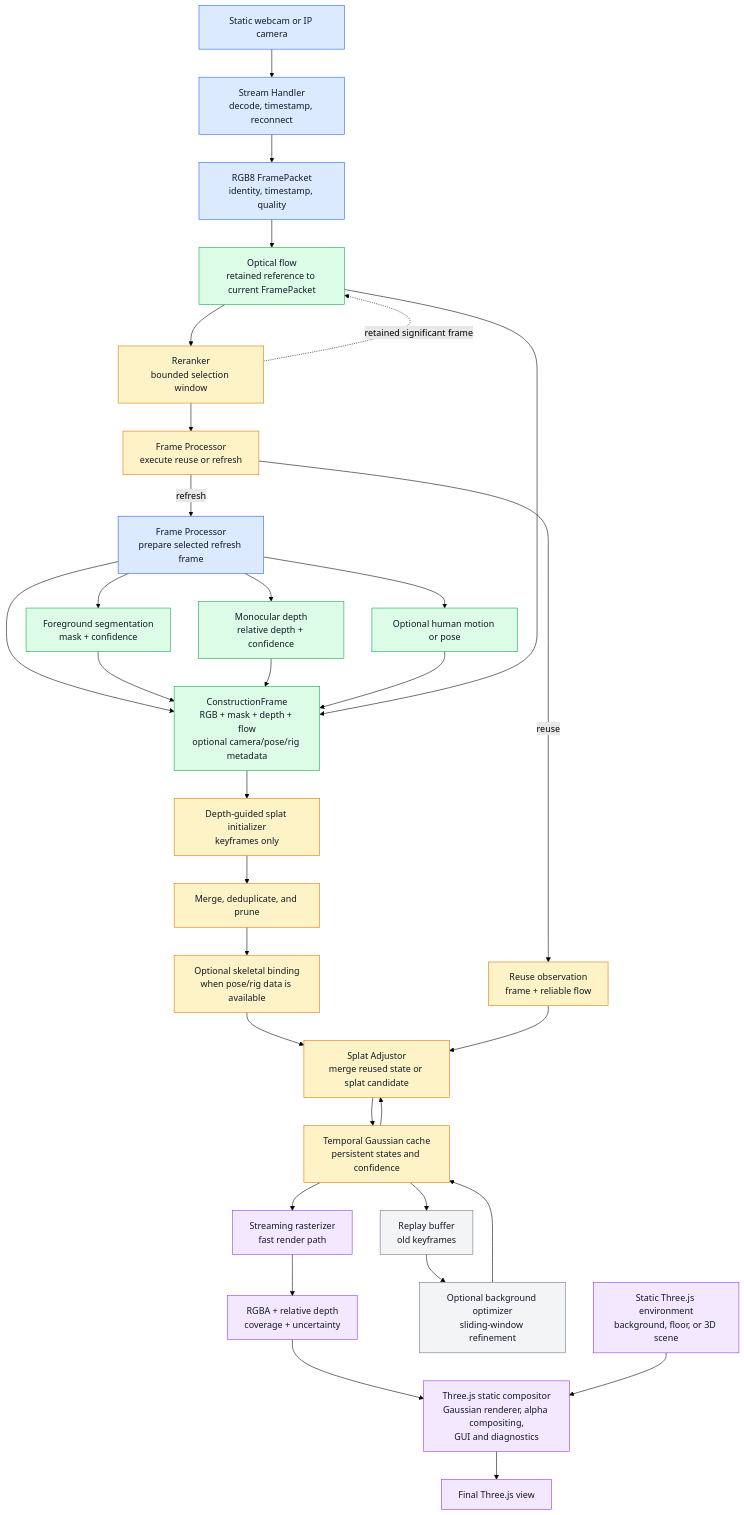
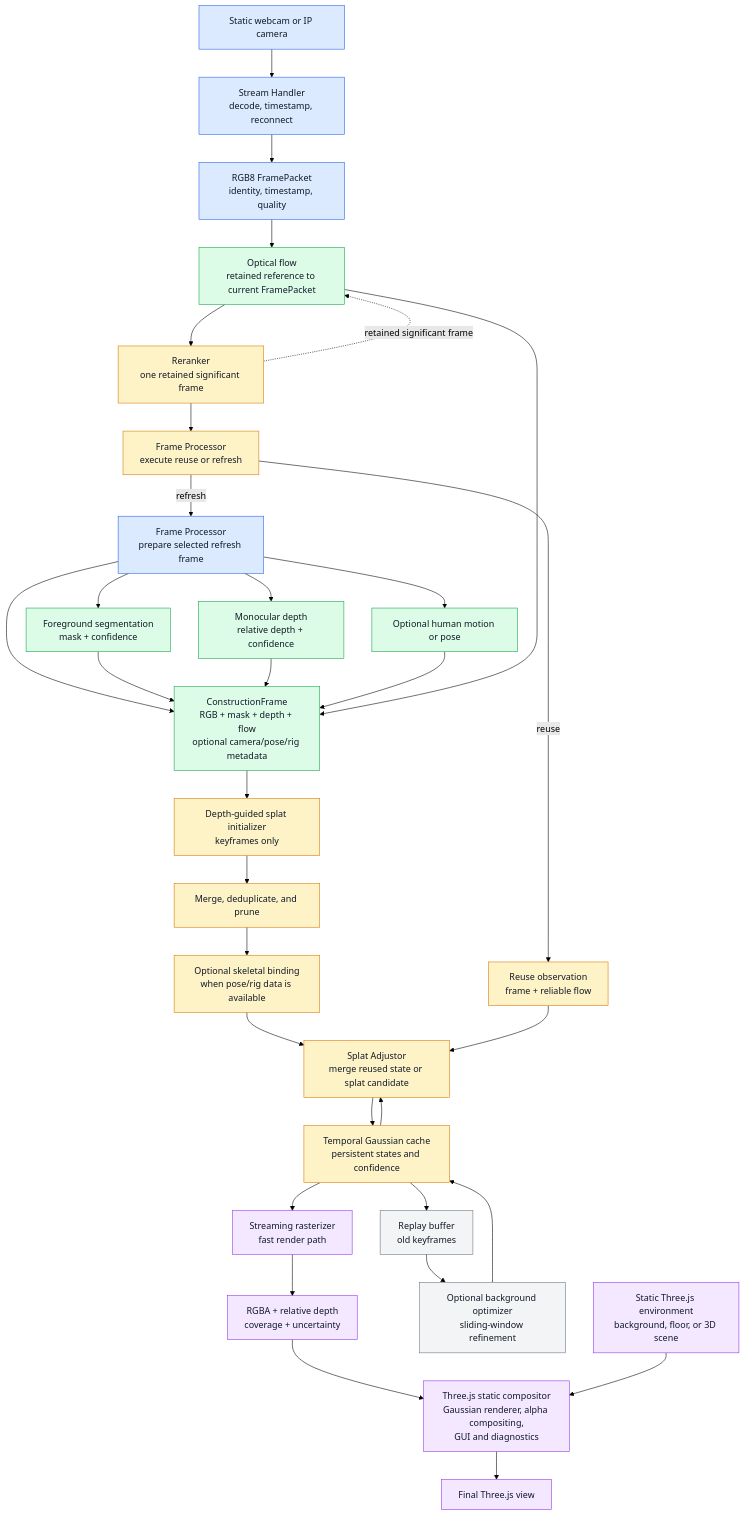
Before and after one commit to smojjofy/AAI3001_Computer-Vision-Deep-Learning_Group27: the diagram in docs/single-camera-workflow.md, drawn with Mermaid (forest theme). The commit also changed other lines of this file and 6 other files, not shown here.

First line of the commit message:
Document stream-to-reranker pipeline and flow evaluation

````diff
--- a/docs/single-camera-workflow.md
+++ b/docs/single-camera-workflow.md
@@ -7,66 +7,66 @@
 ```mermaid
 flowchart TD
     CAM[Static webcam or IP camera]
     STREAM[Stream Handler<br/>decode, timestamp, reconnect]
     PACKET[RGB8 FramePacket<br/>identity, timestamp, quality]
     FLOW[Optical flow<br/>retained reference to current FramePacket]
-    SELECT[Reranker<br/>bounded selection window]
+    SELECT[Reranker<br/>one retained significant frame]
     DISPATCH[Frame Processor<br/>execute reuse or refresh]
     PRE[Frame Processor<br/>prepare selected refresh frame]
     SEG[Foreground segmentation<br/>mask + confidence]
     DEPTH[Monocular depth<br/>relative depth + confidence]
     MOTION[Optional human motion or pose]
     FRAME[ConstructionFrame<br/>RGB + mask + depth + flow<br/>optional camera/pose/rig metadata]
 
     REUSE[Reuse observation<br/>frame + reliable flow]
     INIT[Depth-guided splat initializer<br/>keyframes only]
     FUSE[Merge, deduplicate, and prune]
     BIND[Optional skeletal binding<br/>when pose/rig data is available]
     ADJUST[Splat Adjustor<br/>merge reused state or splat candidate]
     CACHE[Temporal Gaussian cache<br/>persistent states and confidence]
     RENDER[Streaming rasterizer<br/>fast render path]
     OUTPUT[RGBA + relative depth<br/>coverage + uncertainty]
 
     REPLAY[Replay buffer<br/>old keyframes]
     OPT[Optional background optimizer<br/>sliding-window refinement]
 
     ENV[Static Three.js environment<br/>background, floor, or 3D scene]
     VIEW[Three.js static compositor<br/>Gaussian renderer, alpha compositing,<br/>GUI and diagnostics]
     FINAL[Final Three.js view]
 
     CAM --> STREAM --> PACKET --> FLOW --> SELECT
     SELECT -. retained significant frame .-> FLOW
     SELECT --> DISPATCH
     DISPATCH -->|refresh| PRE
     PRE --> SEG
     PRE --> DEPTH
     PRE --> MOTION
     PRE --> FRAME
     SEG --> FRAME
     DEPTH --> FRAME
     MOTION --> FRAME
     FLOW --> FRAME
 
     DISPATCH -->|reuse| REUSE
     FRAME --> INIT --> FUSE
     FUSE --> BIND --> ADJUST
     REUSE --> ADJUST
     CACHE --> ADJUST
     ADJUST --> CACHE
     CACHE --> RENDER --> OUTPUT --> VIEW
 
     CACHE --> REPLAY --> OPT --> CACHE
     ENV --> VIEW --> FINAL
 
     classDef input fill:#dbeafe,stroke:#2563eb,color:#111827;
     classDef inference fill:#dcfce7,stroke:#16a34a,color:#111827;
     classDef construct fill:#fef3c7,stroke:#d97706,color:#111827;
     classDef render fill:#f3e8ff,stroke:#9333ea,color:#111827;
     classDef optional fill:#f3f4f6,stroke:#6b7280,color:#111827;
 
     class CAM,STREAM,PACKET,PRE input;
     class SEG,DEPTH,MOTION,FLOW,FRAME inference;
     class SELECT,DISPATCH,REUSE,INIT,FUSE,BIND,ADJUST,CACHE construct;
     class RENDER,OUTPUT,ENV,VIEW,FINAL render;
     class REPLAY,OPT optional;
 ```
````
